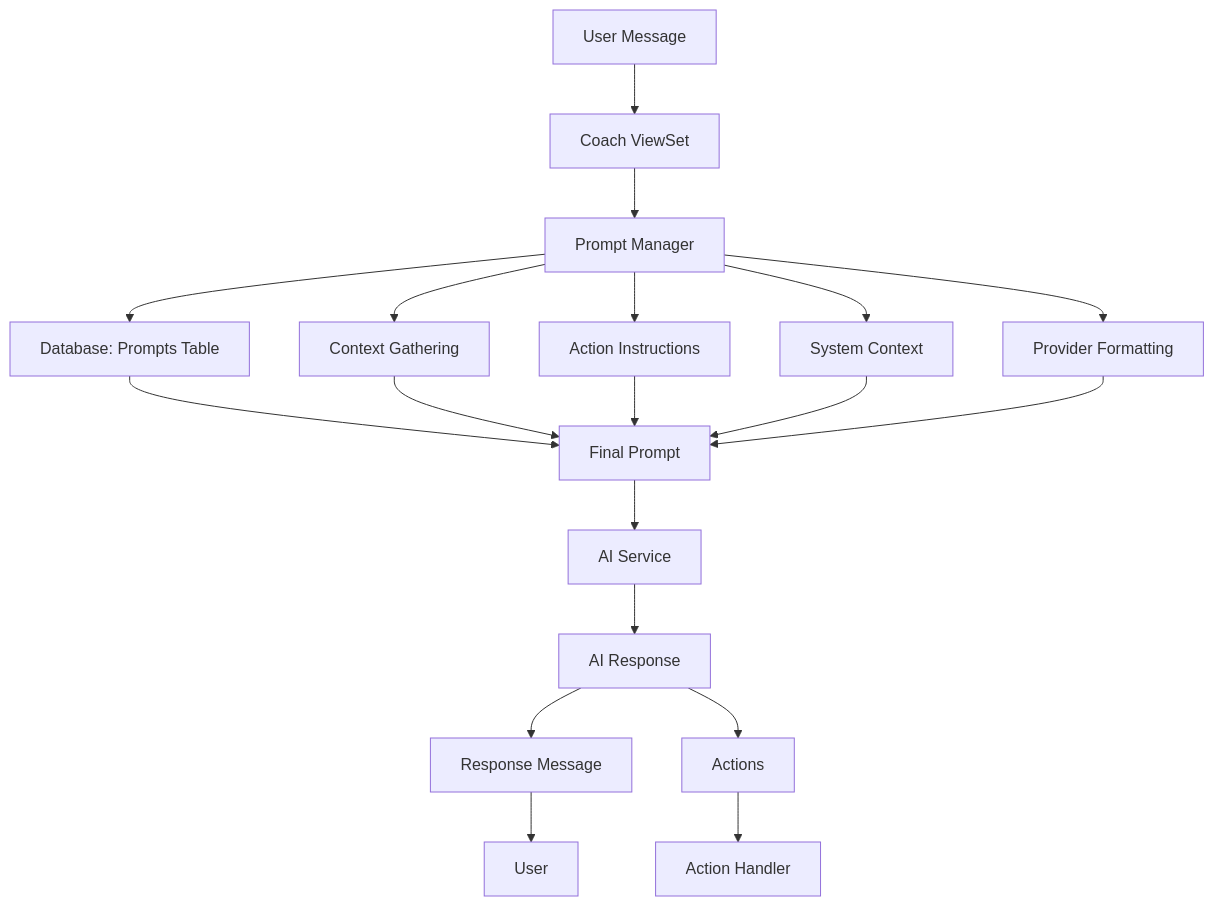
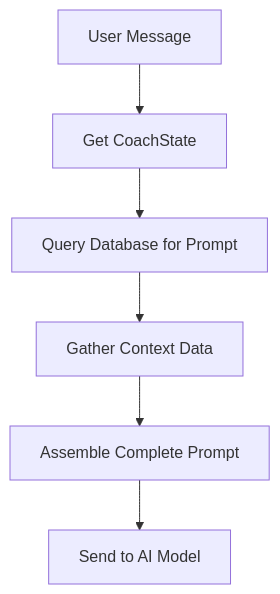
Before and after one commit to Discovita/dev-coach: the diagram in docs/docs/core-systems/prompt-manager/overview.md, drawn with Mermaid. The commit also changed other lines of this file and 16 other files, not shown here.

````diff
--- a/docs/docs/core-systems/prompt-manager/overview.md
+++ b/docs/docs/core-systems/prompt-manager/overview.md
@@ -19,21 +37,8 @@
 ```mermaid
 graph TD
-    A[User Message] --> B[Coach ViewSet]
-    B --> C[Prompt Manager]
-    C --> D[Database: Prompts Table]
-    C --> E[Context Gathering]
-    C --> F[Action Instructions]
-    C --> G[System Context]
-    C --> H[Provider Formatting]
-    D --> I[Final Prompt]
-    E --> I
-    F --> I
-    G --> I
-    H --> I
-    I --> J[AI Service]
-    J --> K[AI Response]
-    K --> L[Response Message]
-    K --> M[Actions]
-    L --> N[User]
-    M --> O[Action Handler]
+    A[User Message] --> B[Get CoachState]
+    B --> C[Query Database for Prompt]
+    C --> D[Gather Context Data]
+    D --> E[Assemble Complete Prompt]
+    E --> F[Send to AI Model]
 ```
````
